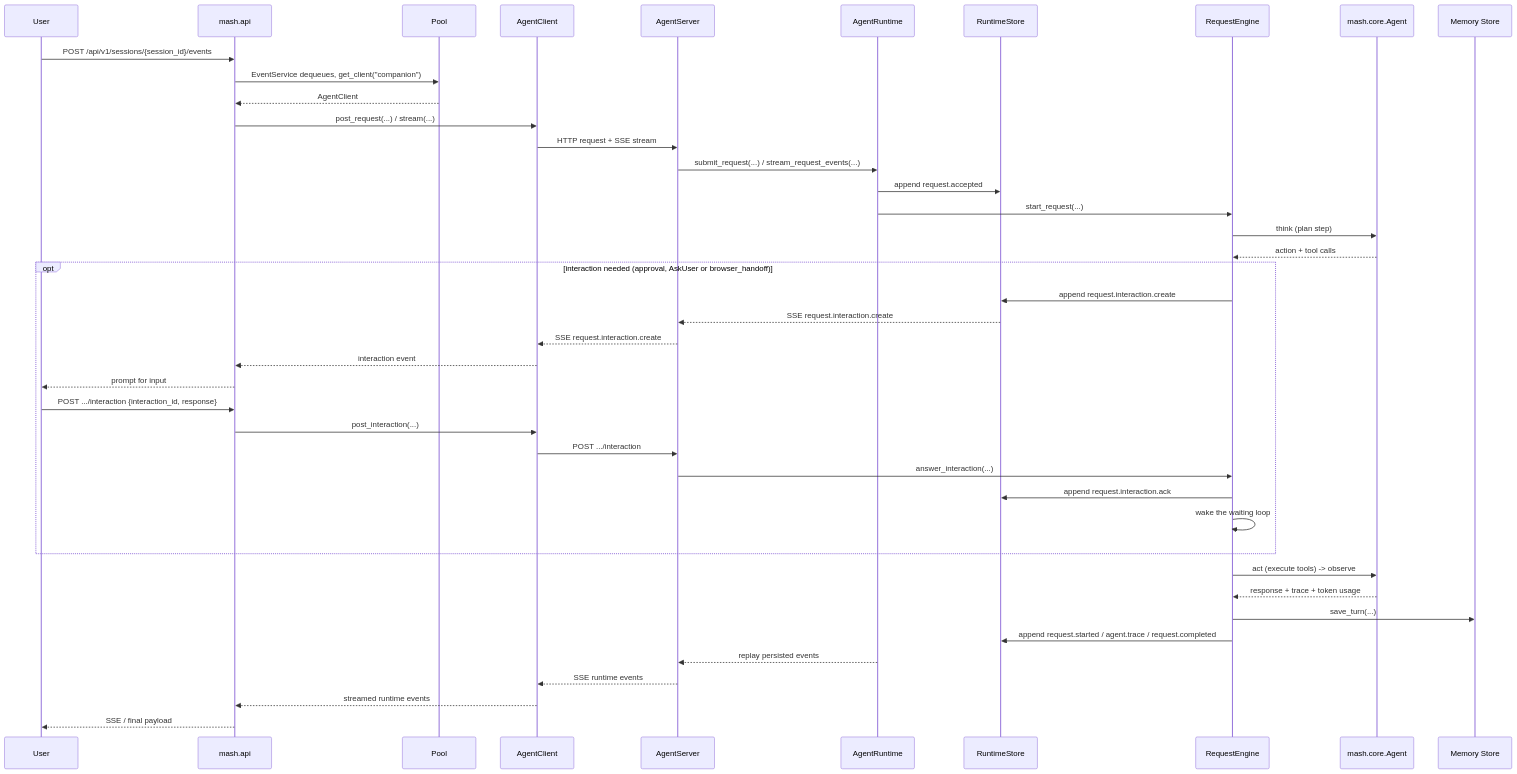
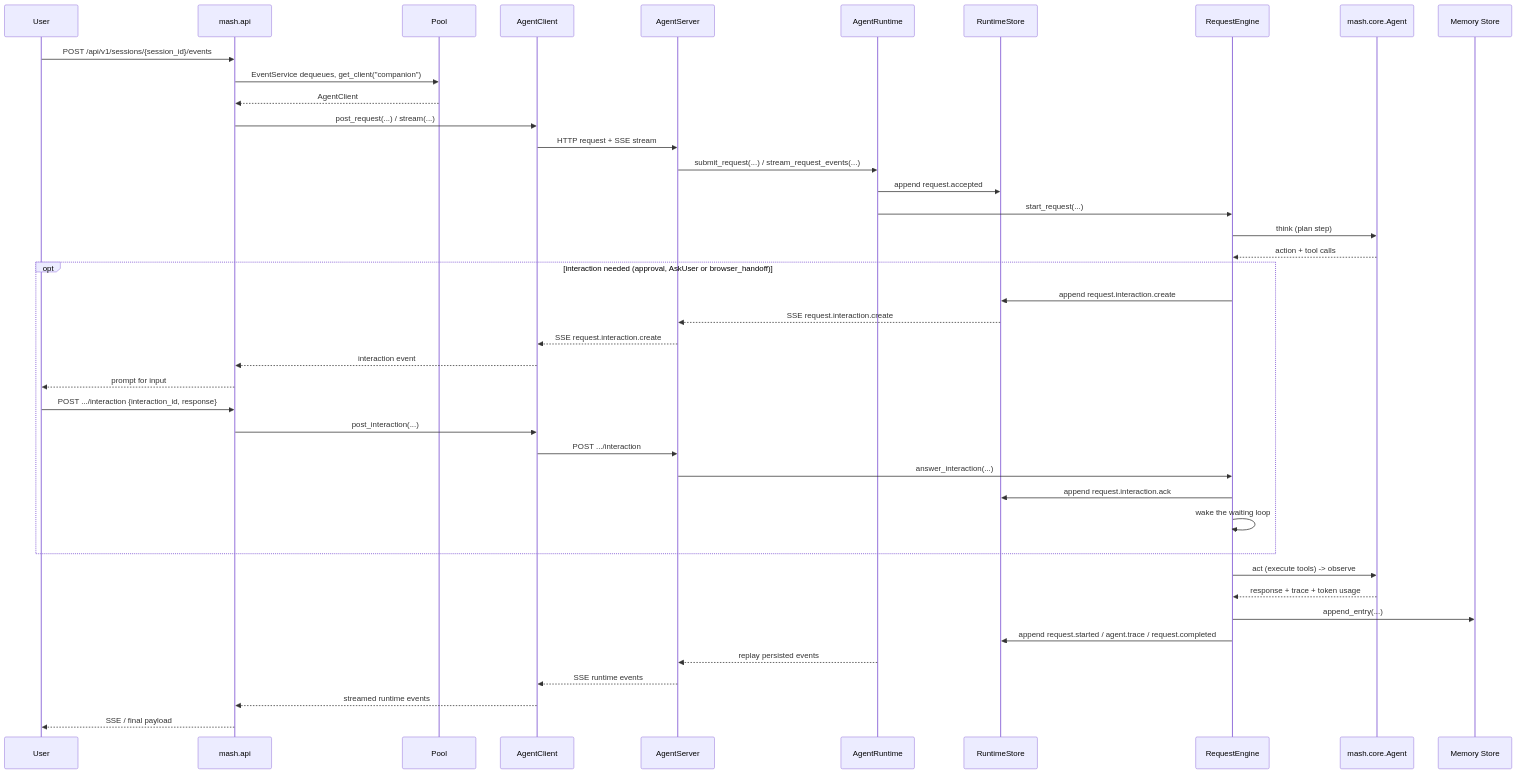
One commit to imsid/mashpy changed the diagram in src/mash/runtime/README.md. Above: the diagram before and after it, drawn with Mermaid. The commit also changed other lines of this file and 132 other files, not shown here.

````diff
--- a/src/mash/runtime/README.md
+++ b/src/mash/runtime/README.md
@@ -80,47 +80,47 @@
 ```mermaid
 sequenceDiagram
     participant User
     participant API as mash.api
     participant Pool
     participant Client as AgentClient
     participant Server as AgentServer
     participant Runtime as AgentRuntime
     participant Events as RuntimeStore
     participant Engine as RequestEngine
     participant Agent as mash.core.Agent
     participant Memory as Memory Store
 
     User->>API: POST /api/v1/sessions/{session_id}/events
     API->>Pool: EventService dequeues, get_client("companion")
     Pool-->>API: AgentClient
     API->>Client: post_request(...) / stream(...)
     Client->>Server: HTTP request + SSE stream
     Server->>Runtime: submit_request(...) / stream_request_events(...)
     Runtime->>Events: append request.accepted
     Runtime->>Engine: start_request(...)
     Engine->>Agent: think (plan step)
     Agent-->>Engine: action + tool calls
 
     opt interaction needed (approval, AskUser or browser_handoff)
         Engine->>Events: append request.interaction.create
         Events-->>Server: SSE request.interaction.create
         Server-->>Client: SSE request.interaction.create
         Client-->>API: interaction event
         API-->>User: prompt for input
         User->>API: POST .../interaction {interaction_id, response}
         API->>Client: post_interaction(...)
         Client->>Server: POST .../interaction
         Server->>Engine: answer_interaction(...)
         Engine->>Events: append request.interaction.ack
         Engine->>Engine: wake the waiting loop
     end
 
     Engine->>Agent: act (execute tools) -> observe
     Agent-->>Engine: response + trace + token usage
-    Engine->>Memory: save_turn(...)
+    Engine->>Memory: append_entry(...)
     Engine->>Events: append request.started / agent.trace / request.completed
     Runtime-->>Server: replay persisted events
     Server-->>Client: SSE runtime events
     Client-->>API: streamed runtime events
     API-->>User: SSE / final payload
 ```
````
